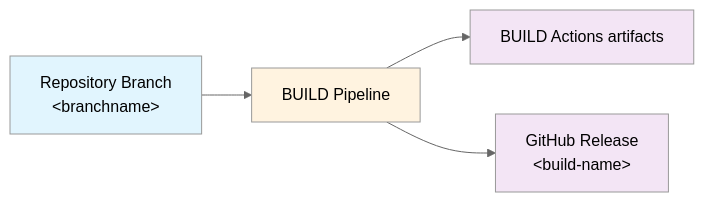
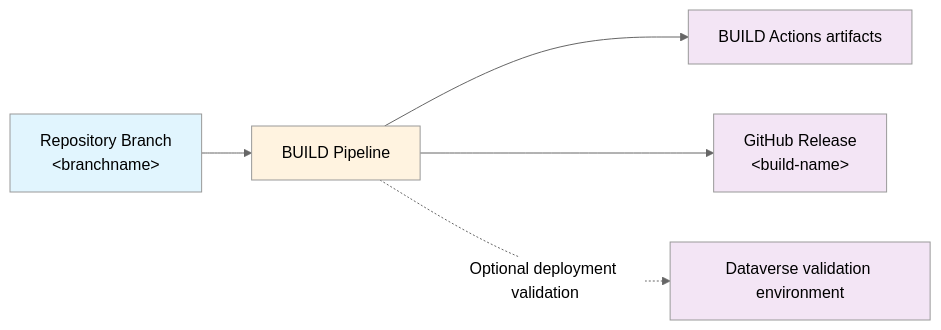
Before and after one commit to ALM4Dataverse/ALM4Dataverse: the diagram in docs/usage/building-releases.md, drawn with Mermaid (neutral theme). The commit also changed other lines of this file and 8 other files, not shown here.

````diff
--- a/docs/usage/building-releases.md
+++ b/docs/usage/building-releases.md
@@ -4,11 +4,13 @@
 ```mermaid
 flowchart LR
     A[Repository Branch<br/>&lt;branchname&gt;] --> B[BUILD Pipeline]
     B --> C[BUILD Actions artifacts]
     B --> D[GitHub Release<br/>&lt;build-name&gt;]
+    B -. Optional deployment validation .-> E[Dataverse validation environment]
 
     style A fill:#e1f5fe
     style C fill:#f3e5f5
     style D fill:#f3e5f5
+    style E fill:#f3e5f5
     style B fill:#fff3e0
 ```
````
